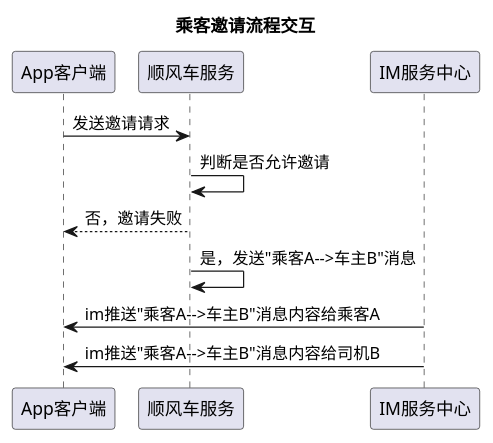
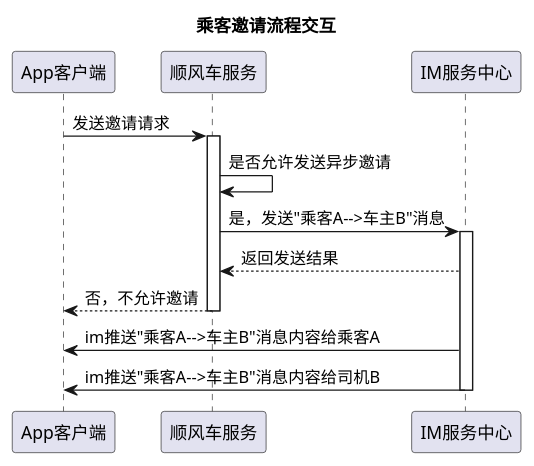
The diagram in projects/uml/行程邀请im交互.puml (zdpwilliam/notes), drawn with PlantUML before and after one commit. The commit also changed 1 other file, not shown here.

```diff
--- a/projects/uml/行程邀请im交互.puml
+++ b/projects/uml/行程邀请im交互.puml
@@ -1,12 +1,18 @@
 @startuml
 title: 乘客邀请流程交互
 
 App客户端 -> 顺风车服务: 发送邀请请求
+activate 顺风车服务
 
-顺风车服务 -> 顺风车服务: 判断是否允许邀请
-App客户端 <-- 顺风车服务: 否，邀请失败
-顺风车服务 -> 顺风车服务: 是，发送"乘客A-->车主B"消息
+顺风车服务 -> 顺风车服务: 是否允许发送异步邀请
+顺风车服务 -> IM服务中心: 是，发送"乘客A-->车主B"消息
+activate IM服务中心
+
+IM服务中心 --> 顺风车服务: 返回发送结果
+App客户端 <-- 顺风车服务: 否，不允许邀请
+deactivate 顺风车服务
 
 IM服务中心 -> App客户端: im推送"乘客A-->车主B"消息内容给乘客A
 IM服务中心 -> App客户端: im推送"乘客A-->车主B"消息内容给司机B
+deactivate IM服务中心
 @enduml
```
